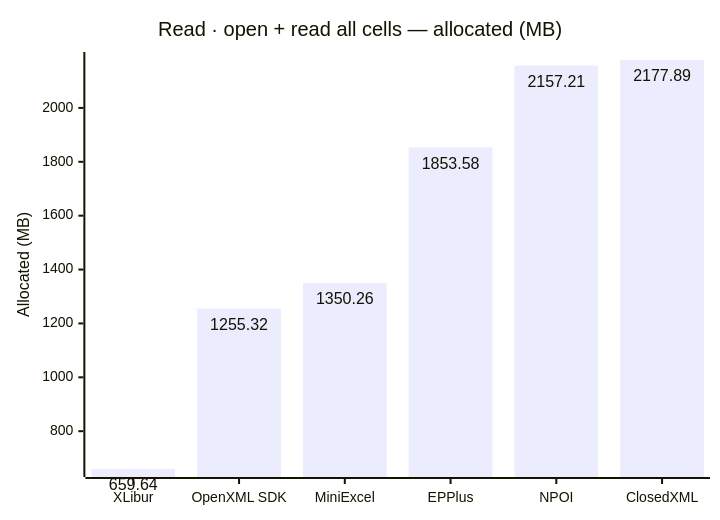
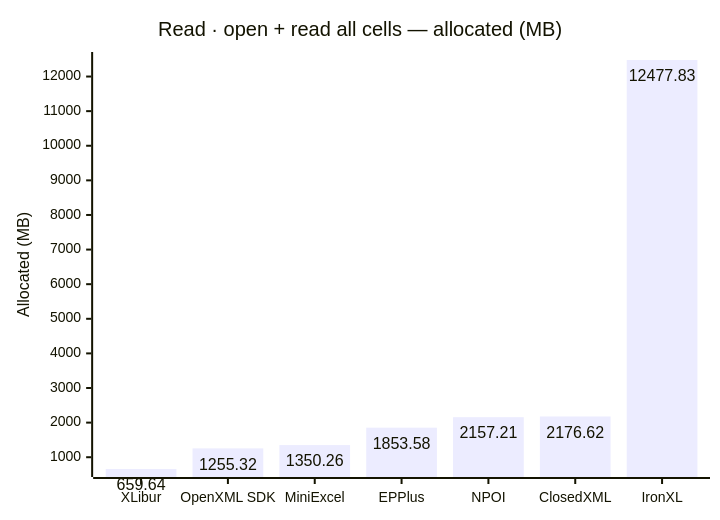
One commit to jafin/XLBench changed the fourth of 8 diagrams in docs/results.md. Above: the diagram before and after it, drawn with Mermaid. The commit also changed other lines of this file and 17 other files, not shown here.

````diff
--- a/docs/results.md
+++ b/docs/results.md
@@ -73,12 +74,12 @@
 ```mermaid
 ---
 config:
   xyChart:
     showDataLabel: true
 ---
 xychart-beta
     title "Read · open + read all cells — allocated (MB)"
-    x-axis ["XLibur", "OpenXML SDK", "MiniExcel", "EPPlus", "NPOI", "ClosedXML"]
+    x-axis ["XLibur", "OpenXML SDK", "MiniExcel", "EPPlus", "NPOI", "ClosedXML", "IronXL"]
     y-axis "Allocated (MB)"
-    bar [659.64, 1255.32, 1350.26, 1853.58, 2157.21, 2177.89]
+    bar [659.64, 1255.32, 1350.26, 1853.58, 2157.21, 2176.62, 12477.83]
 ```
````
